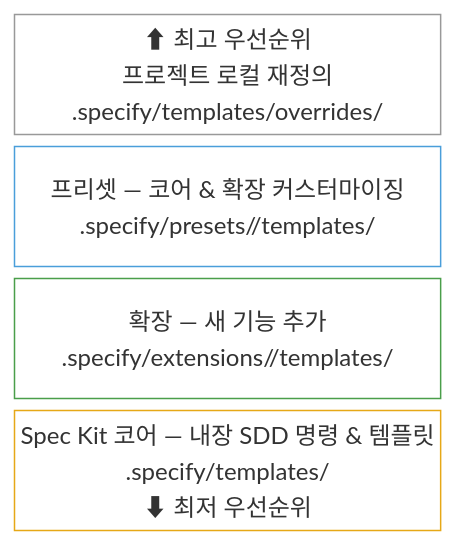
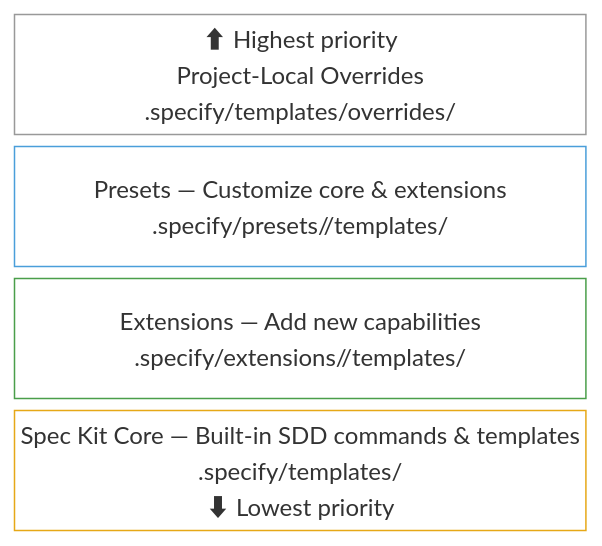
Before and after one commit to bifrost17/spec-kit: the diagram in README.md, drawn with Mermaid. The commit also changed other lines of this file and 1 other file, not shown here.

````diff
--- a/README.md
+++ b/README.md
@@ -472,13 +472,13 @@
 ```mermaid
 block-beta
     columns 1
-    overrides["⬆ 최고 우선순위\n프로젝트 로컬 재정의\n.specify/templates/overrides/"]
-    presets["프리셋 — 코어 & 확장 커스터마이징\n.specify/presets/<preset-id>/templates/"]
-    extensions["확장 — 새 기능 추가\n.specify/extensions/<ext-id>/templates/"]
-    core["Spec Kit 코어 — 내장 SDD 명령 & 템플릿\n.specify/templates/\n⬇ 최저 우선순위"]
+    overrides["⬆ Highest priority\nProject-Local Overrides\n.specify/templates/overrides/"]
+    presets["Presets — Customize core & extensions\n.specify/presets/<preset-id>/templates/"]
+    extensions["Extensions — Add new capabilities\n.specify/extensions/<ext-id>/templates/"]
+    core["Spec Kit Core — Built-in SDD commands & templates\n.specify/templates/\n⬇ Lowest priority"]
 
     style overrides fill:transparent,stroke:#999
     style presets fill:transparent,stroke:#4a9eda
     style extensions fill:transparent,stroke:#4a9e4a
     style core fill:transparent,stroke:#e6a817
 ```
````
